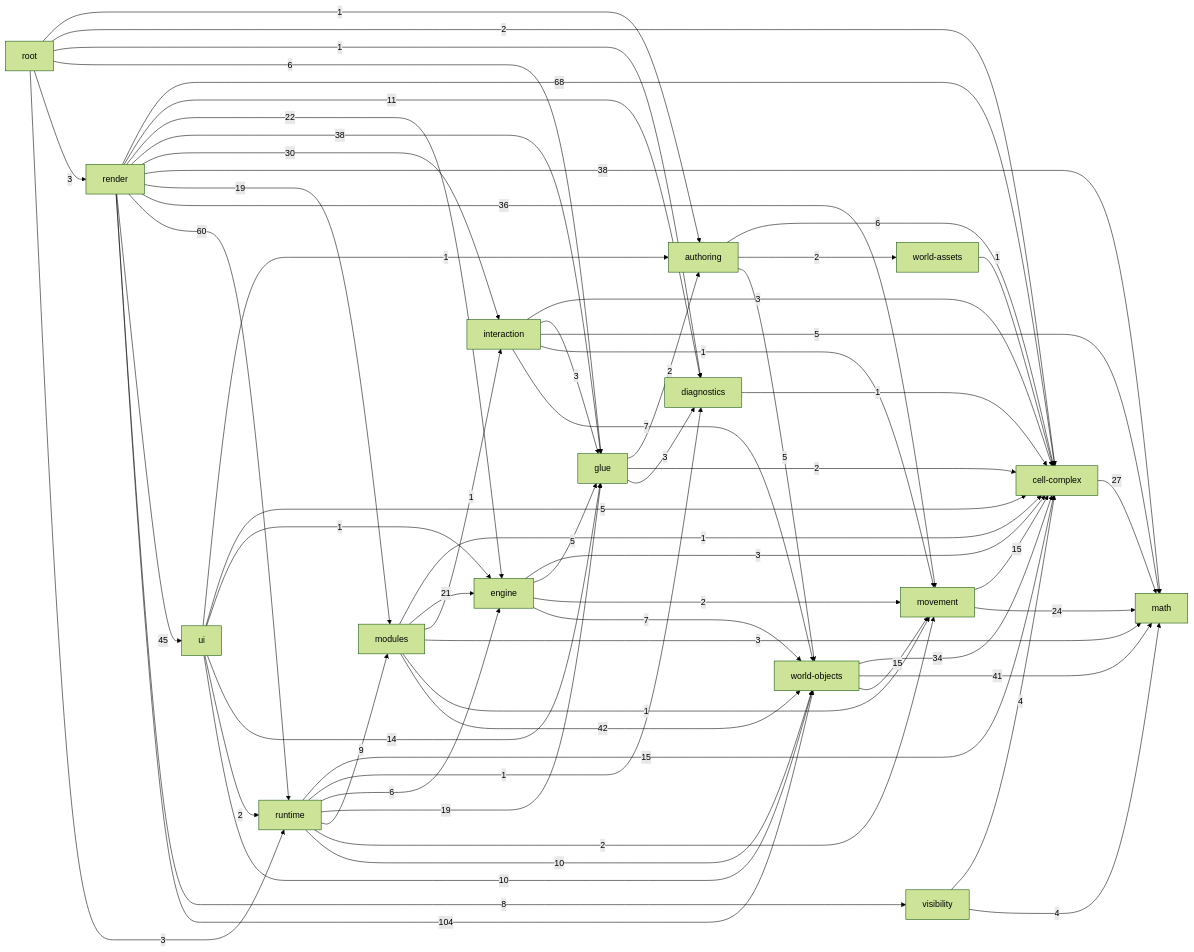
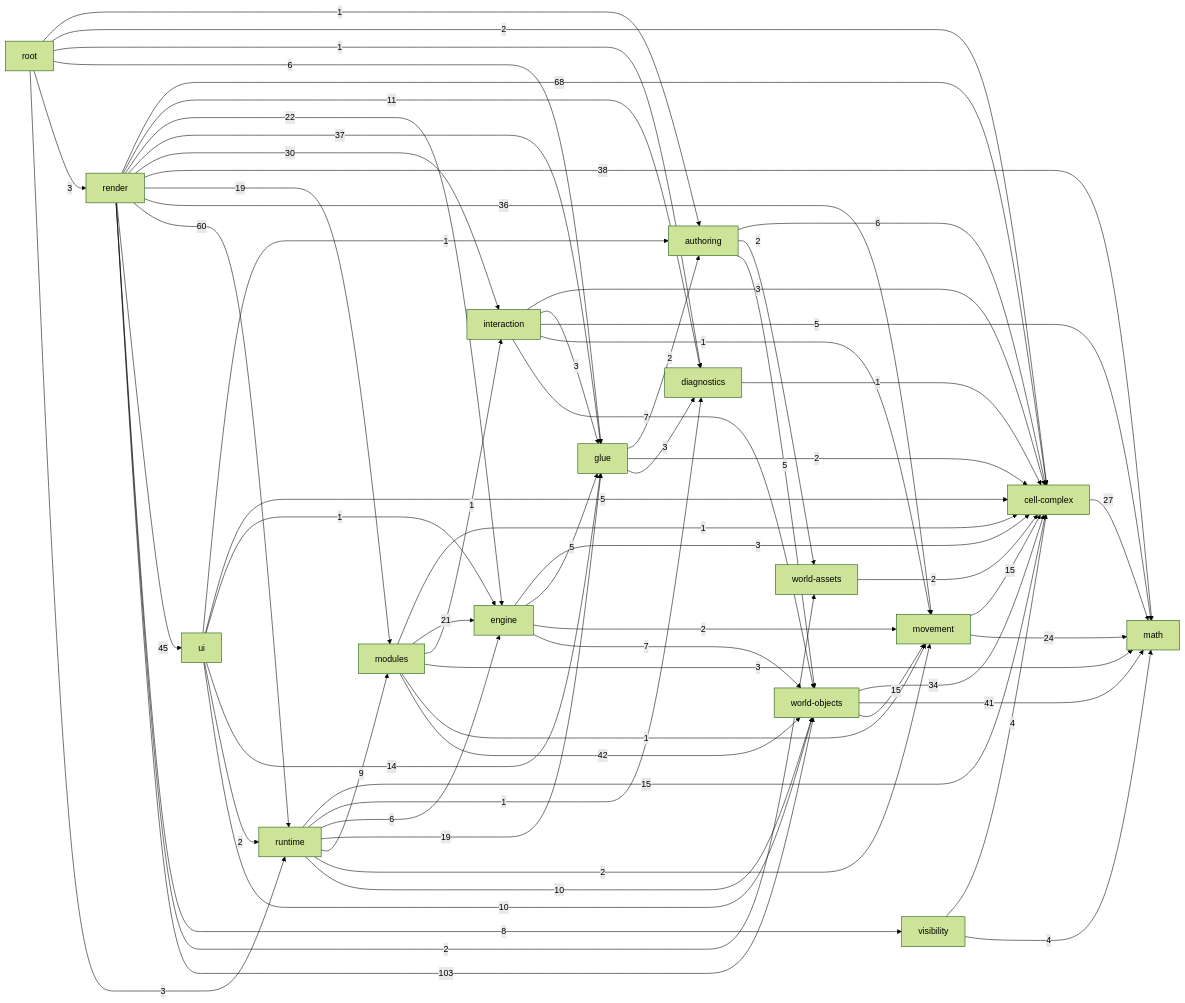
The diagram in _docs/generated/ARCHITECTURE_REFERENCE.md (guraltsev/noneuclid-fpv), drawn with Mermaid (forest theme) before and after one commit. The commit also changed other lines of this file and 1 other file, not shown here.

````diff
--- a/_docs/generated/ARCHITECTURE_REFERENCE.md
+++ b/_docs/generated/ARCHITECTURE_REFERENCE.md
@@ -37,81 +37,82 @@
 ```mermaid
 flowchart LR
   math["math"]
   cell_complex["cell-complex"]
   diagnostics["diagnostics"]
   visibility["visibility"]
   movement["movement"]
   world_assets["world-assets"]
   world_objects["world-objects"]
   authoring["authoring"]
   glue["glue"]
   interaction["interaction"]
   engine["engine"]
   modules["modules"]
   runtime["runtime"]
   ui["ui"]
   render["render"]
   root["root"]
   authoring -->|6| cell_complex
   authoring -->|2| world_assets
   authoring -->|5| world_objects
   cell_complex -->|27| math
   diagnostics -->|1| cell_complex
   engine -->|3| cell_complex
   engine -->|5| glue
   engine -->|2| movement
   engine -->|7| world_objects
   glue -->|2| authoring
   glue -->|2| cell_complex
   glue -->|3| diagnostics
   interaction -->|3| cell_complex
   interaction -->|3| glue
   interaction -->|5| math
   interaction -->|1| movement
   interaction -->|7| world_objects
   modules -->|1| cell_complex
   modules -->|21| engine
   modules -->|1| interaction
   modules -->|3| math
   modules -->|1| movement
   modules -->|42| world_objects
   movement -->|15| cell_complex
   movement -->|24| math
   render -->|68| cell_complex
   render -->|11| diagnostics
   render -->|22| engine
-  render -->|38| glue
+  render -->|37| glue
   render -->|30| interaction
   render -->|38| math
   render -->|19| modules
   render -->|36| movement
   render -->|60| runtime
   render -->|45| ui
   render -->|8| visibility
-  render -->|104| world_objects
+  render -->|2| world_assets
+  render -->|103| world_objects
   root -->|1| authoring
   root -->|2| cell_complex
   root -->|1| diagnostics
   root -->|6| glue
   root -->|3| render
   root -->|3| runtime
   runtime -->|15| cell_complex
   runtime -->|1| diagnostics
   runtime -->|6| engine
   runtime -->|19| glue
   runtime -->|9| modules
   runtime -->|2| movement
   runtime -->|10| world_objects
   ui -->|1| authoring
   ui -->|5| cell_complex
   ui -->|1| engine
   ui -->|14| glue
   ui -->|2| runtime
   ui -->|10| world_objects
   visibility -->|4| cell_complex
   visibility -->|4| math
-  world_assets -->|1| cell_complex
+  world_assets -->|2| cell_complex
   world_objects -->|34| cell_complex
   world_objects -->|41| math
   world_objects -->|15| movement
 ```
````
